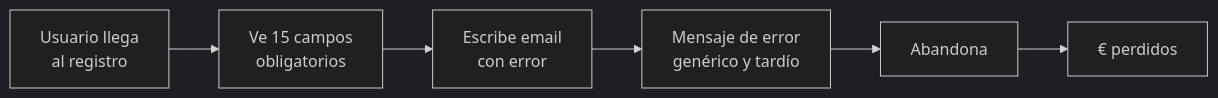
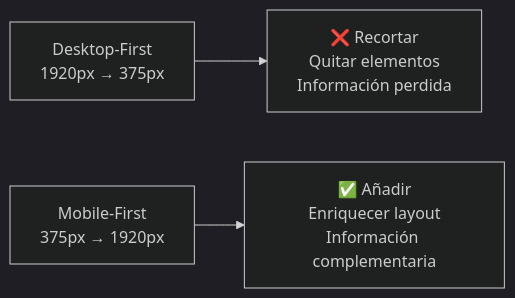
One commit to Jose-Quesada/presentacion-desarrollo-interfaces-26-27 changed the first of 4 diagrams in unidad-08.md. Above: the diagram before and after it, drawn with Mermaid (dark theme). The commit also changed other lines of this file and 52 other files, not shown here.

````diff
--- a/unidad-08.md
+++ b/unidad-08.md
@@ -32,8 +33,5 @@
-```mermaid
+<div class="mermaid">
 graph LR
-    A[Usuario llega<br/>al registro] --> B[Ve 15 campos<br/>obligatorios]
-    B --> C[Escribe email<br/>con error]
-    C --> D[Mensaje de error<br/>genérico y tardío]
-    D --> E[Abandona]
-    E --> F[€ perdidos]
-```
+    A[Desktop-First<br/>1920px → 375px] --> B[❌ Recortar<br/>Quitar elementos<br/>Información perdida]
+    C[Mobile-First<br/>375px → 1920px] --> D[✅ Añadir<br/>Enriquecer layout<br/>Información complementaria]
+</div>
````
